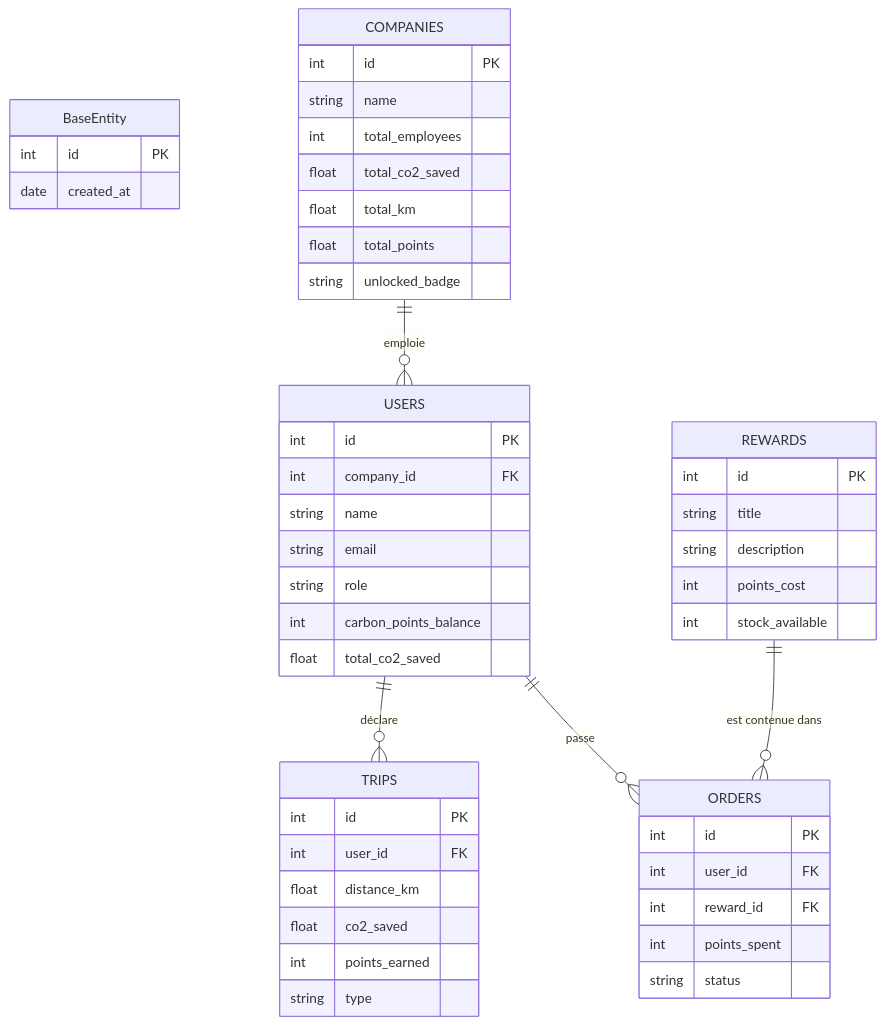
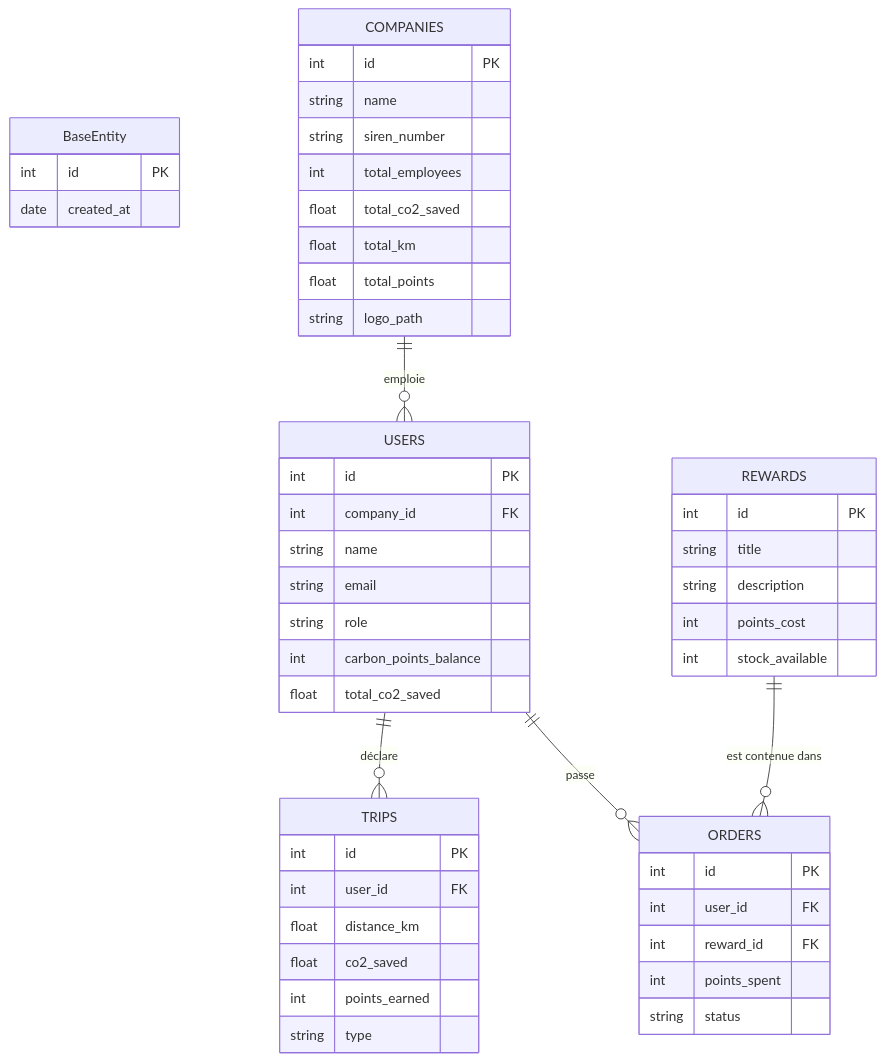
Before and after one commit to Fyorix/hackathon: the diagram in docs/schemas_bdd.md, drawn with Mermaid.

Commit message:
fix: update bdd schema

````diff
--- a/docs/schemas_bdd.md
+++ b/docs/schemas_bdd.md
@@ -1,52 +1,53 @@
 ```mermaid
 erDiagram
     BaseEntity {
         int id PK
         date created_at
     }
     COMPANIES {
         int id PK
         string name
+        string siren_number
         int total_employees
         float total_co2_saved
         float total_km
         float total_points
-        string unlocked_badge
+        string logo_path
     }
     USERS {
         int id PK
         int company_id FK
         string name
         string email
         string role
         int carbon_points_balance
         float total_co2_saved
     }
     TRIPS {
         int id PK
         int user_id FK
         float distance_km
         float co2_saved
         int points_earned
         string type
     }
     REWARDS {
         int id PK
         string title
         string description
         int points_cost
         int stock_available
     }
     ORDERS {
         int id PK
         int user_id FK
         int reward_id FK
         int points_spent
         string status
     }
 
     COMPANIES ||--o{ USERS : "emploie"
     USERS ||--o{ TRIPS : "déclare"
     USERS ||--o{ ORDERS : "passe"
     REWARDS ||--o{ ORDERS : "est contenue dans"
 ```
````
